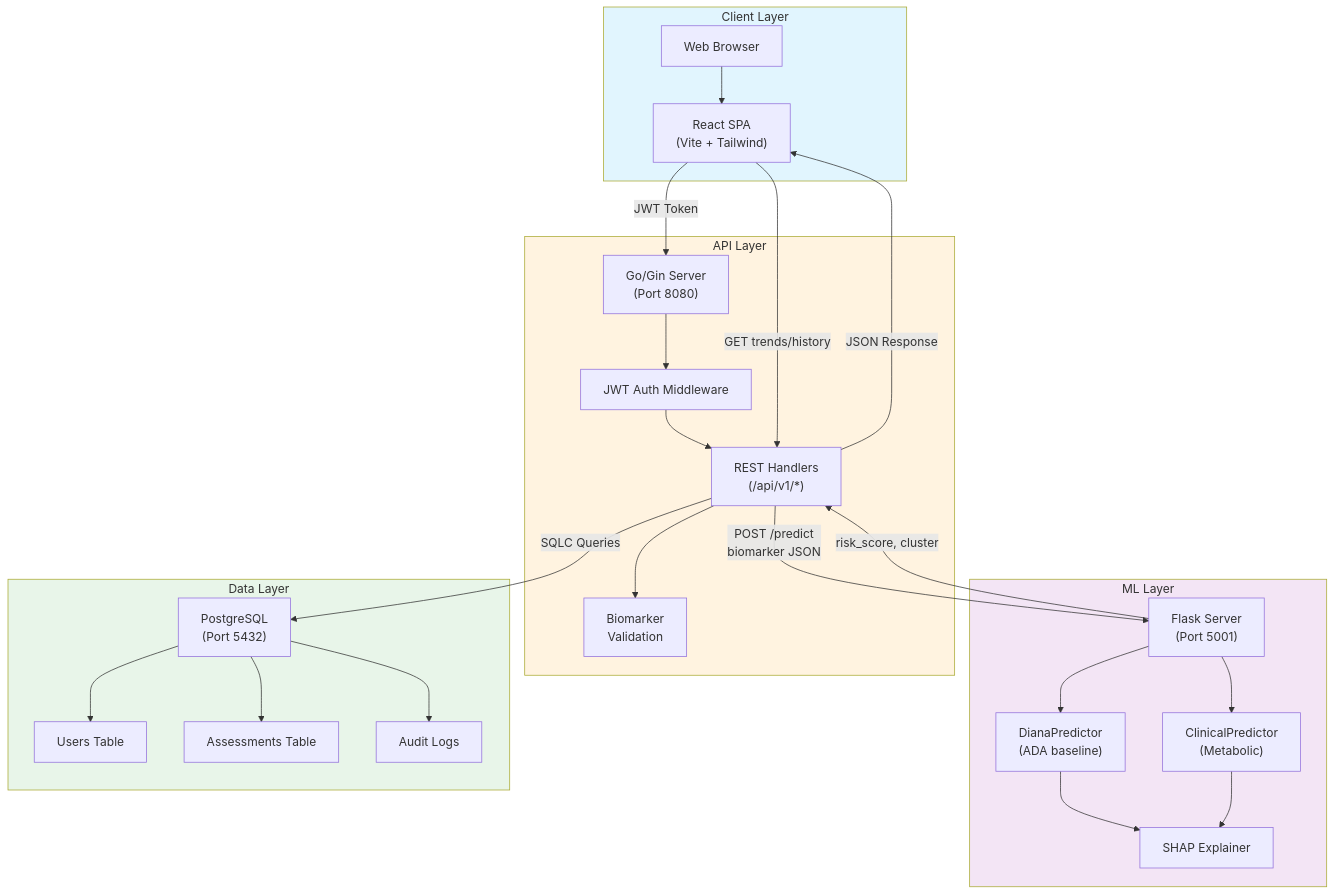
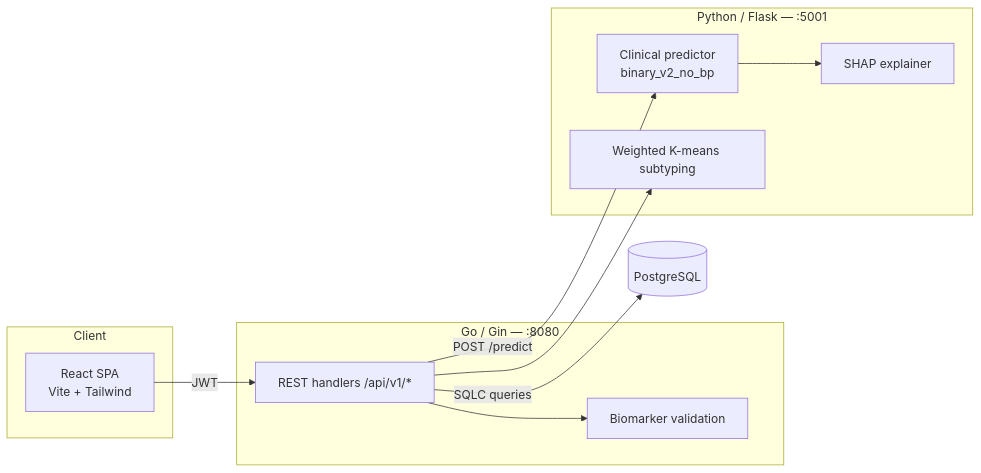
The diagram in README.md (Skufu/DianaV2), drawn with Mermaid before and after one commit. The commit also changed other lines of this file and 1 other file, not shown here.

Commit message:
docs: refresh README — DE data architecture, dashboard screenshot, stale-section cleanup

````diff
--- a/README.md
+++ b/README.md
@@ -227,54 +85,17 @@
 ```mermaid
-flowchart TB
-    subgraph Client["Client Layer"]
-        Browser["Web Browser"]
-        React["React SPA<br/>(Vite + Tailwind)"]
+flowchart LR
+    subgraph Client
+        React[React SPA<br/>Vite + Tailwind]
     end
-    
-    subgraph API["API Layer"]
-        Gin["Go/Gin Server<br/>(Port 8080)"]
-        JWT["JWT Auth Middleware"]
-        Handlers["REST Handlers<br/>(/api/v1/*)"]
-        Validator["Biomarker<br/>Validation"]
+    subgraph API["Go / Gin — :8080"]
+        Handlers[REST handlers /api/v1/*] --> Validator[Biomarker validation]
     end
-    
-    subgraph ML["ML Layer"]
-        Flask["Flask Server<br/>(Port 5001)"]
-        DianaPred["DianaPredictor<br/>(ADA baseline)"]
-        ClinicalPred["ClinicalPredictor<br/>(Metabolic)"]
-        SHAP["SHAP Explainer"]
+    subgraph ML["Python / Flask — :5001"]
+        Predict[Clinical predictor<br/>binary_v2_no_bp] --> SHAP[SHAP explainer]
+        Cluster[Weighted K-means subtyping]
     end
-    
-    subgraph Data["Data Layer"]
-        PG["PostgreSQL<br/>(Port 5432)"]
-        Users["Users Table"]
-        Assessments["Assessments Table"]
-        Audit["Audit Logs"]
-    end
-    
-    Browser --> React
-    React -->|"JWT Token"| Gin
-    Gin --> JWT
-    JWT --> Handlers
-    Handlers --> Validator
-    
-    Handlers -->|"POST /predict<br/>biomarker JSON"| Flask
-    Flask --> DianaPred
-    Flask --> ClinicalPred
-    DianaPred --> SHAP
-    ClinicalPred --> SHAP
-    Flask -->|"risk_score, cluster"| Handlers
-    
-    Handlers -->|"SQLC Queries"| PG
-    PG --> Users
-    PG --> Assessments
-    PG --> Audit
-    
-    React -->|"GET trends/history"| Handlers
-    Handlers -->|"JSON Response"| React
-    
-    style Client fill:#e1f5fe
-    style API fill:#fff3e0
-    style ML fill:#f3e5f5
-    style Data fill:#e8f5e9
+    React -->|JWT| Handlers
+    Handlers -->|POST /predict| Predict
+    Handlers --> Cluster
+    Handlers -->|SQLC queries| PG[(PostgreSQL)]
 ```
````
